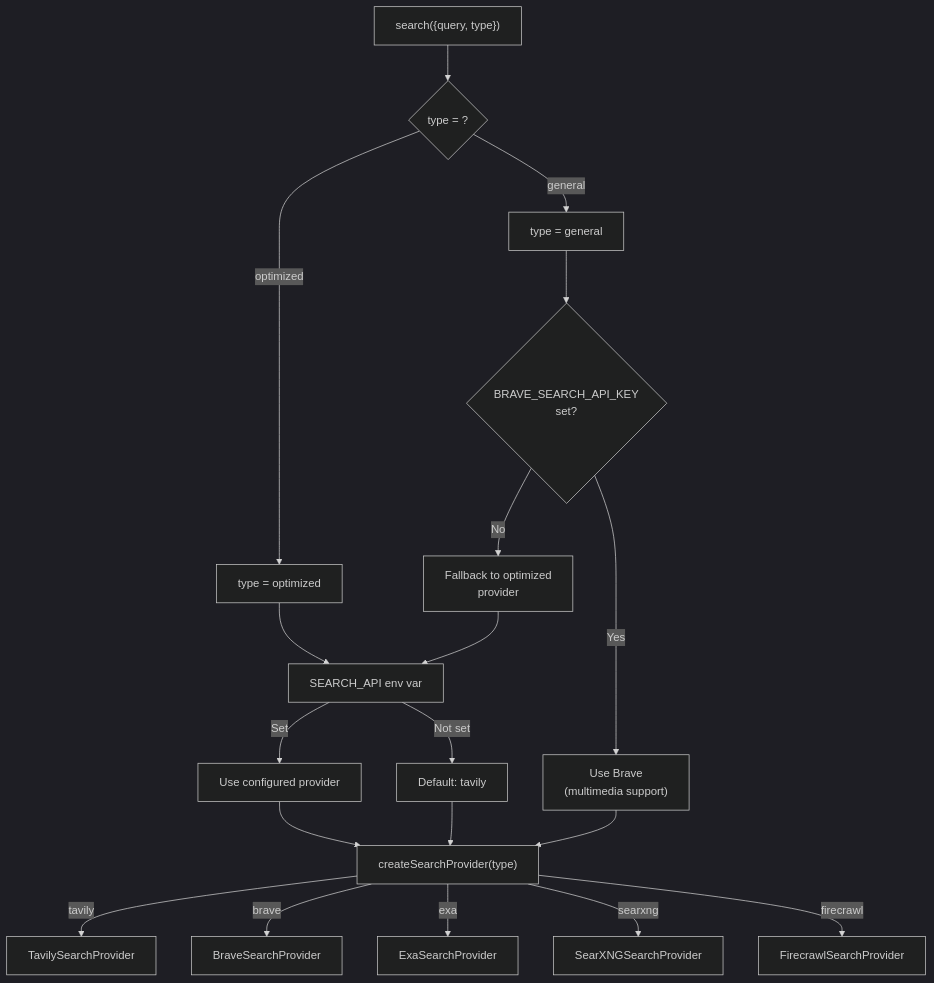
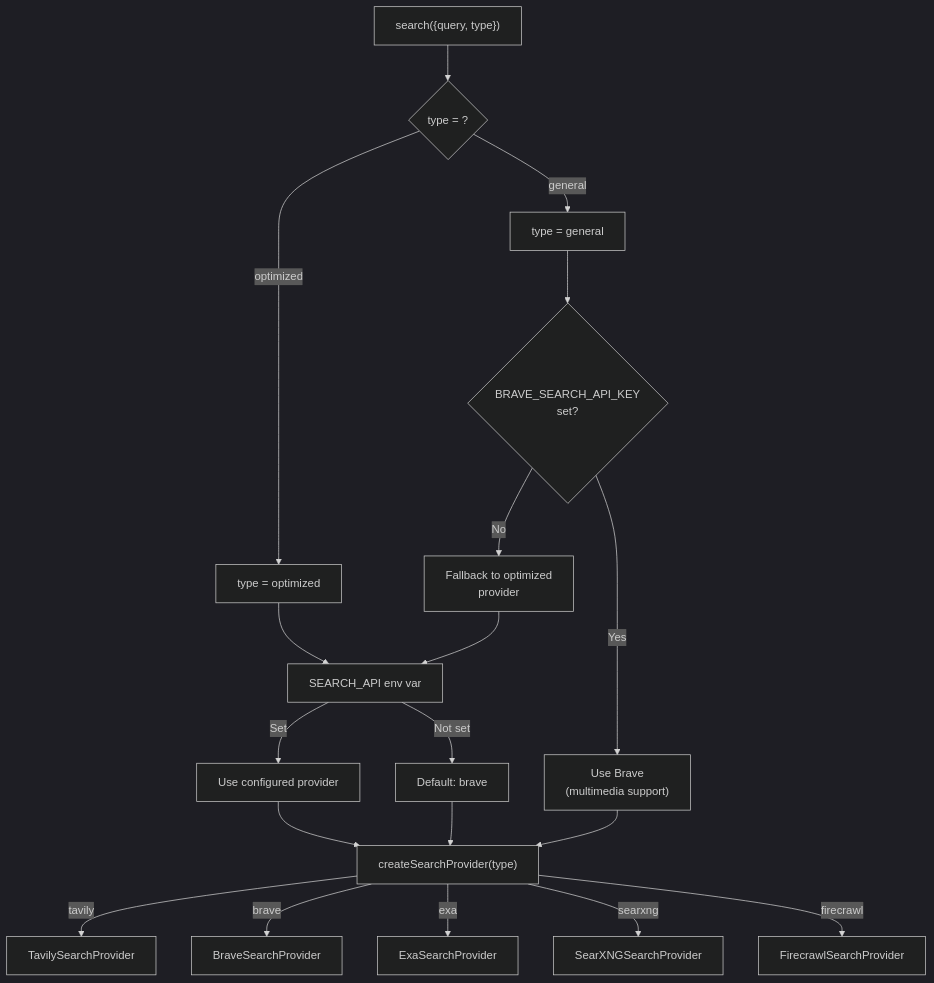
The diagram in docs/architecture/SEARCH-PROVIDERS.md (NickB03/polymorph), drawn with Mermaid (dark theme) before and after one commit. The commit also changed other lines of this file and 4 other files, not shown here.

First line of the commit message:
docs: fix remaining Tavily-as-default references across architecture docs

````diff
--- a/docs/architecture/SEARCH-PROVIDERS.md
+++ b/docs/architecture/SEARCH-PROVIDERS.md
@@ -43,46 +43,46 @@
 ```mermaid
 flowchart TD
     SearchCall["search({query, type})"]
     TypeCheck{"type = ?"}
 
     OptimizedPath["type = optimized"]
     GeneralPath["type = general"]
 
     ReadEnv["SEARCH_API env var"]
-    DefaultProvider["Default: tavily"]
+    DefaultProvider["Default: brave"]
     ConfiguredProvider["Use configured provider"]
 
     BraveAvailable{"BRAVE_SEARCH_API_KEY\nset?"}
     UseBrave["Use Brave\n(multimedia support)"]
     FallbackOptimized["Fallback to optimized\nprovider"]
 
     Factory["createSearchProvider(type)"]
     TavilyImpl["TavilySearchProvider"]
     BraveImpl["BraveSearchProvider"]
     ExaImpl["ExaSearchProvider"]
     SearXNGImpl["SearXNGSearchProvider"]
     FirecrawlImpl["FirecrawlSearchProvider"]
 
     SearchCall --> TypeCheck
     TypeCheck -->|"optimized"| OptimizedPath
     TypeCheck -->|"general"| GeneralPath
 
     OptimizedPath --> ReadEnv
     ReadEnv -->|"Set"| ConfiguredProvider
     ReadEnv -->|"Not set"| DefaultProvider
 
     GeneralPath --> BraveAvailable
     BraveAvailable -->|"Yes"| UseBrave
     BraveAvailable -->|"No"| FallbackOptimized
     FallbackOptimized --> ReadEnv
 
     ConfiguredProvider --> Factory
     DefaultProvider --> Factory
     UseBrave --> Factory
 
     Factory -->|"tavily"| TavilyImpl
     Factory -->|"brave"| BraveImpl
     Factory -->|"exa"| ExaImpl
     Factory -->|"searxng"| SearXNGImpl
     Factory -->|"firecrawl"| FirecrawlImpl
 ```
````
